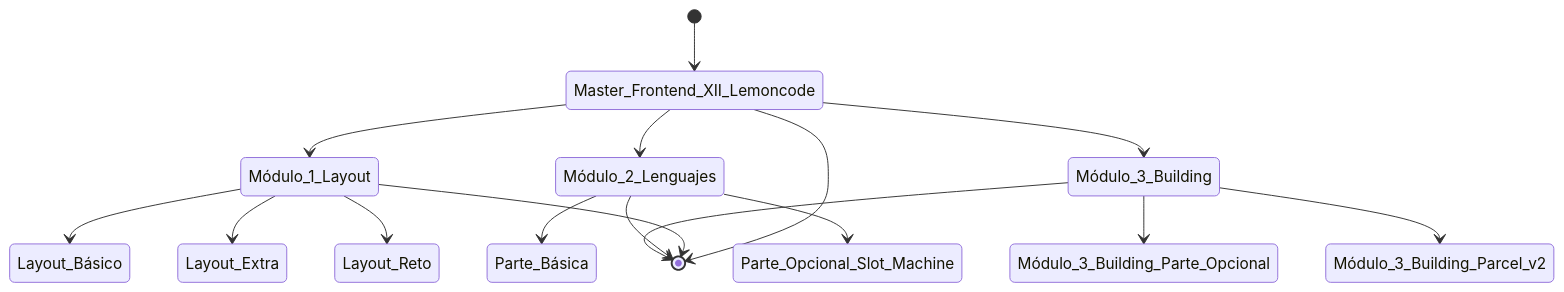
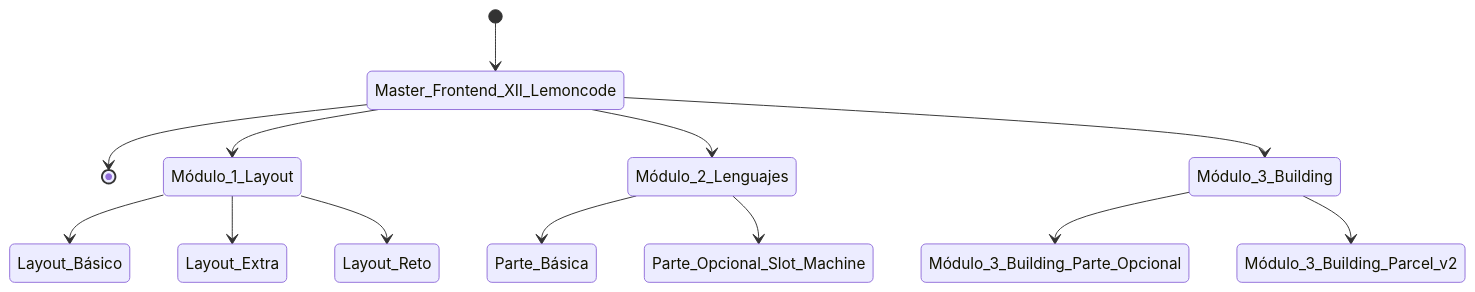
The diagram in README.md (MiguelJiRo/Master-Frontend-XII-Lemoncode), drawn with Mermaid before and after one commit.

````diff
--- a/README.md
+++ b/README.md
@@ -19,19 +19,16 @@
  ```mermaid
     stateDiagram
         [*] --> Master_Frontend_XII_Lemoncode
         Master_Frontend_XII_Lemoncode --> [*]
 
         Master_Frontend_XII_Lemoncode --> Módulo_1_Layout
         Módulo_1_Layout --> Layout_Básico 
         Módulo_1_Layout --> Layout_Extra  
         Módulo_1_Layout --> Layout_Reto  
         Master_Frontend_XII_Lemoncode --> Módulo_2_Lenguajes
         Módulo_2_Lenguajes --> Parte_Básica 
         Módulo_2_Lenguajes --> Parte_Opcional_Slot_Machine 
         Master_Frontend_XII_Lemoncode --> Módulo_3_Building
         Módulo_3_Building --> Módulo_3_Building_Parte_Opcional
         Módulo_3_Building --> Módulo_3_Building_Parcel_v2
-        Módulo_1_Layout --> [*]
-        Módulo_2_Lenguajes --> [*]
-        Módulo_3_Building --> [*]
  ```
````
